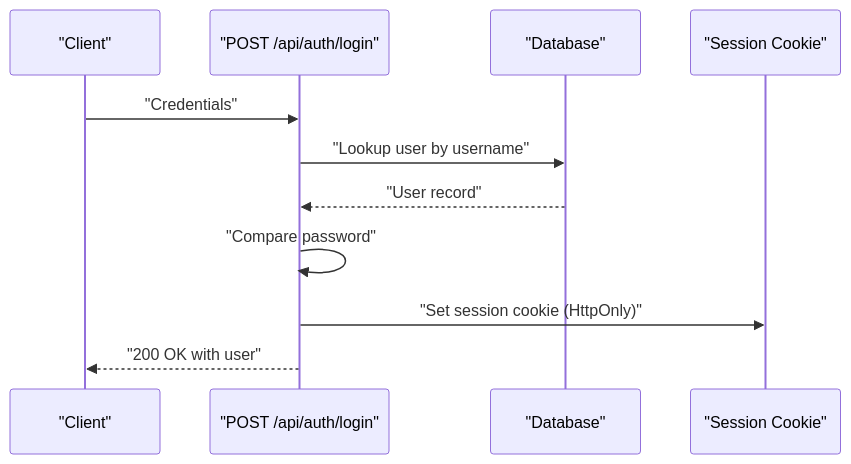
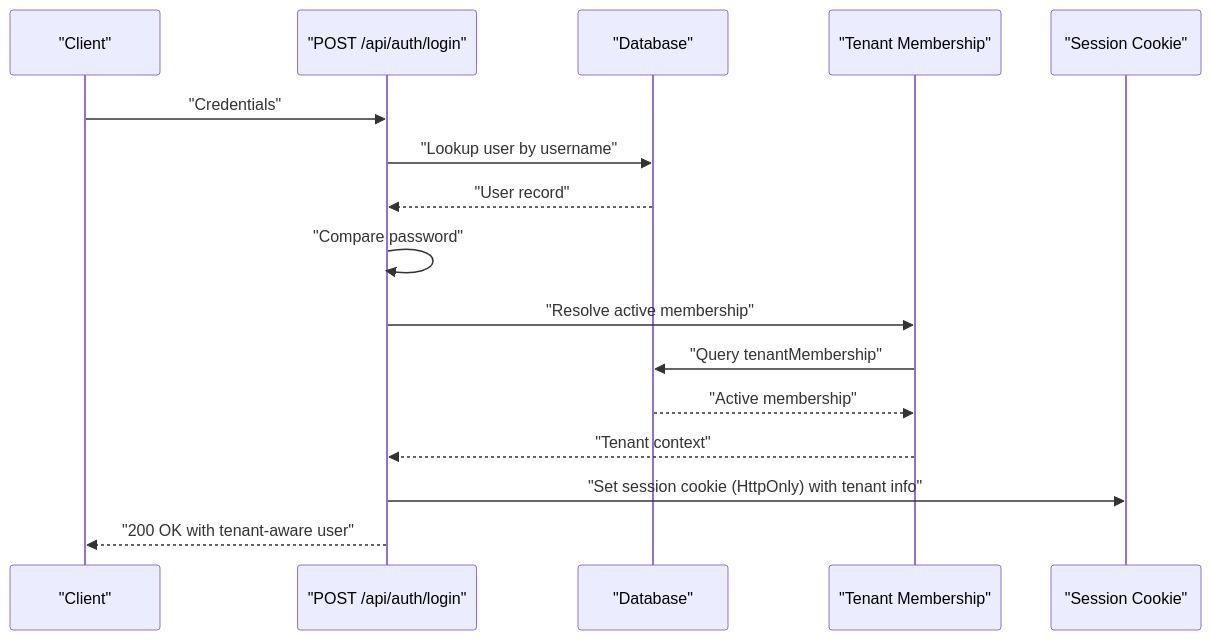
Before and after one commit to nzey11/erp-new: the fourth of 11 diagrams in .qoder/repowiki/en/content/Authentication & Authorization/Authentication & Authorization.md, drawn with Mermaid. The commit also changed other lines of this file and 6 other files, not shown here.

Commit message:
fix(tests): create tenant membership for users in auth tests

````diff
--- a/.qoder/repowiki/en/content/Authentication & Authorization/Authentication & Authorization.md
+++ b/.qoder/repowiki/en/content/Authentication & Authorization/Authentication & Authorization.md
@@ -212,13 +273,18 @@
 ```mermaid
 sequenceDiagram
 participant Client as "Client"
 participant Login as "POST /api/auth/login"
 participant DB as "Database"
+participant TM as "Tenant Membership"
 participant Cookie as "Session Cookie"
 Client->>Login : "Credentials"
 Login->>DB : "Lookup user by username"
 DB-->>Login : "User record"
 Login->>Login : "Compare password"
-Login->>Cookie : "Set session cookie (HttpOnly)"
-Login-->>Client : "200 OK with user"
+Login->>TM : "Resolve active membership"
+TM->>DB : "Query tenantMembership"
+DB-->>TM : "Active membership"
+TM-->>Login : "Tenant context"
+Login->>Cookie : "Set session cookie (HttpOnly) with tenant info"
+Login-->>Client : "200 OK with tenant-aware user"
 ```
````
